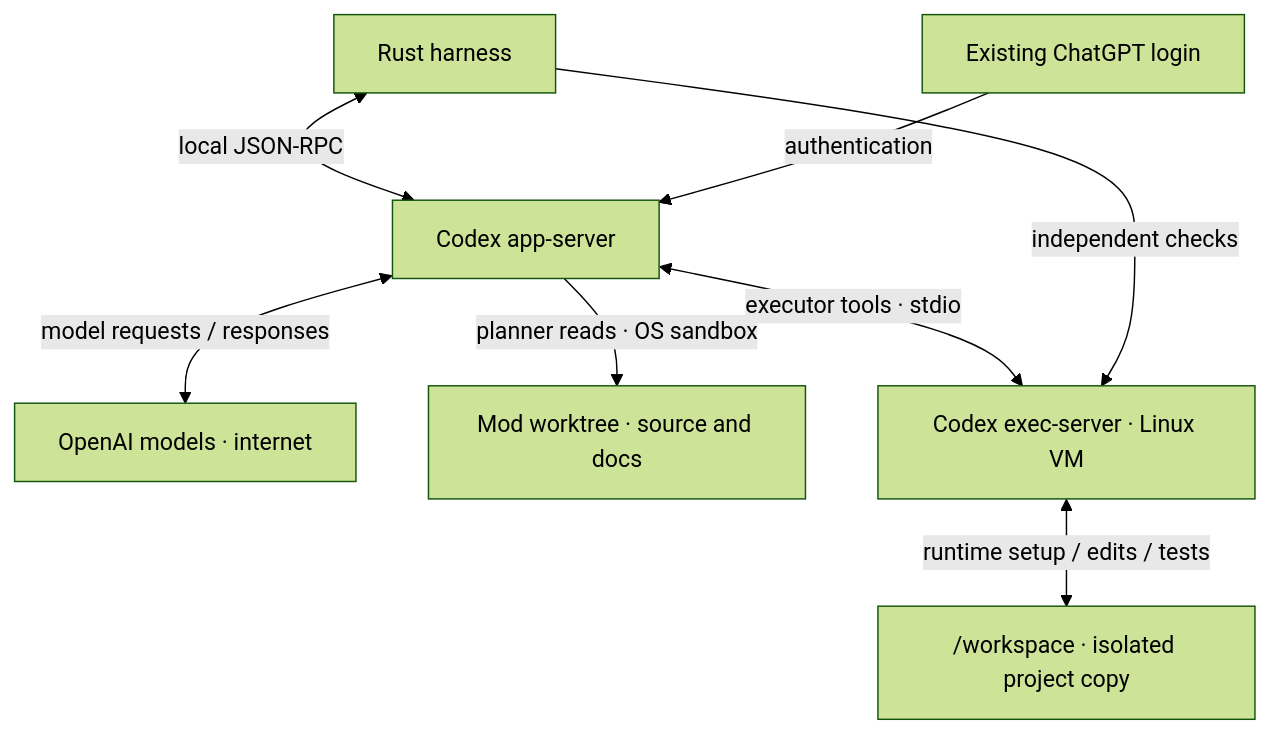
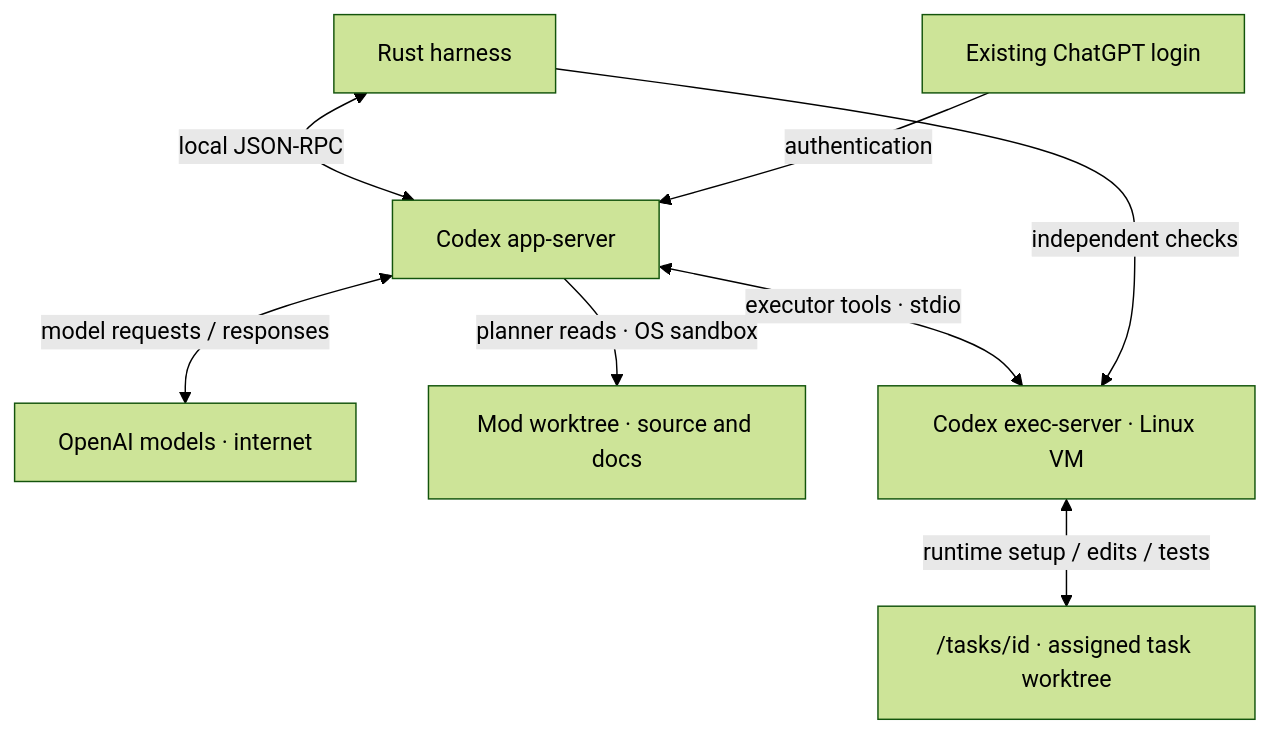
Before and after one commit to minimumeffort-dev/sprowt.harness: the diagram in docs/workers.md, drawn with Mermaid (forest theme). The commit also changed other lines of this file and 17 other files, not shown here.

````diff
--- a/docs/workers.md
+++ b/docs/workers.md
@@ -5,10 +5,10 @@
 ```mermaid
 flowchart TB
     harness["Rust harness"] <-->|"local JSON-RPC"| codex["Codex app-server"]
     login["Existing ChatGPT login"] -->|"authentication"| codex
     codex <-->|"model requests / responses"| models["OpenAI models · internet"]
     codex -->|"planner reads · OS sandbox"| project["Mod worktree · source and docs"]
     codex <-->|"executor tools · stdio"| guest["Codex exec-server · Linux VM"]
     harness -->|"independent checks"| guest
-    guest <-->|"runtime setup / edits / tests"| work["/workspace · isolated project copy"]
+    guest <-->|"runtime setup / edits / tests"| work["/tasks/id · assigned task worktree"]
 ```
````
